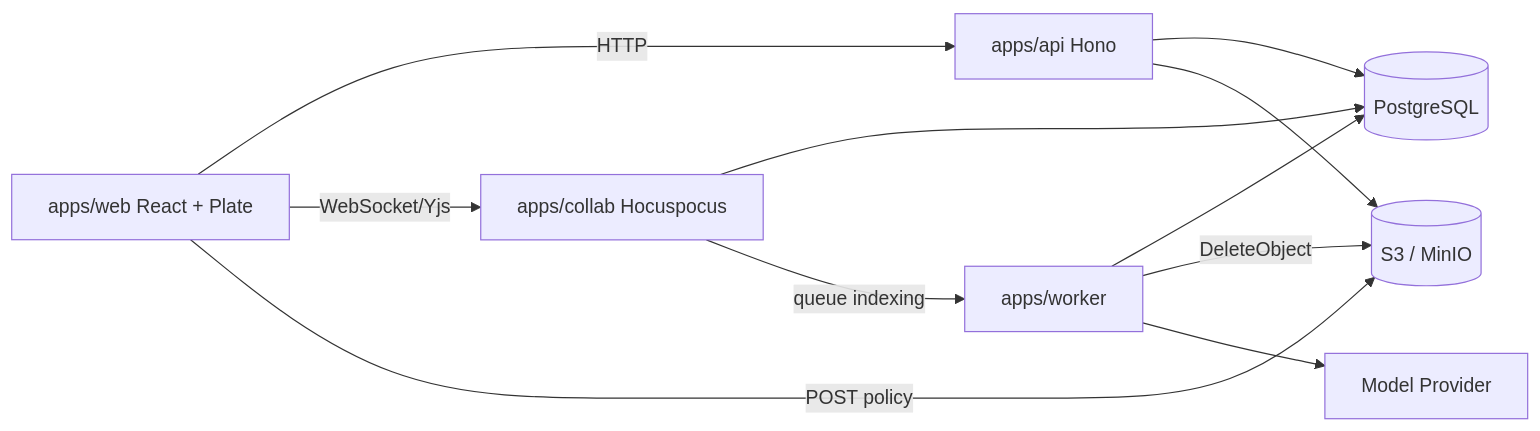
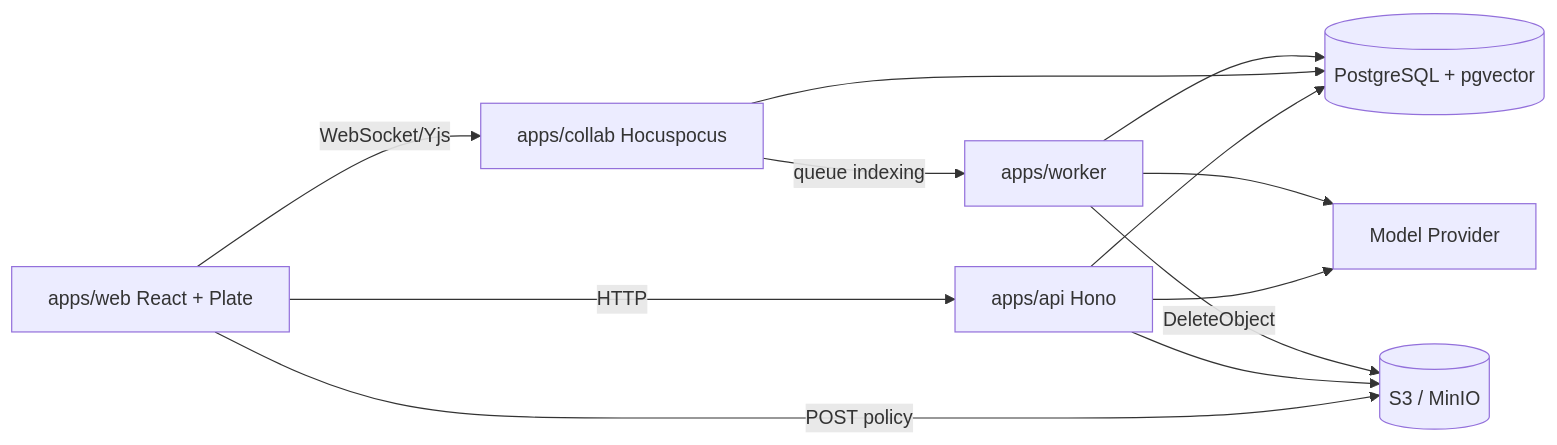
Before and after one commit to HUAHUAI23/sharebrain: the first of 5 diagrams in docs/architecture.md, drawn with Mermaid. The commit also changed other lines of this file and 96 other files, not shown here.

````diff
--- a/docs/architecture.md
+++ b/docs/architecture.md
@@ -23,13 +23,14 @@
 ```mermaid
 flowchart LR
   Browser[apps/web React + Plate] -->|HTTP| API[apps/api Hono]
   Browser -->|WebSocket/Yjs| Collab[apps/collab Hocuspocus]
   Browser -->|POST policy| Storage[(S3 / MinIO)]
-  API --> DB[(PostgreSQL)]
+  API --> DB[(PostgreSQL + pgvector)]
+  API --> AI
   API --> Storage
   Collab --> DB
   Collab -->|queue indexing| Worker[apps/worker]
   Worker --> DB
   Worker -->|DeleteObject| Storage
   Worker --> AI[Model Provider]
 ```
````
